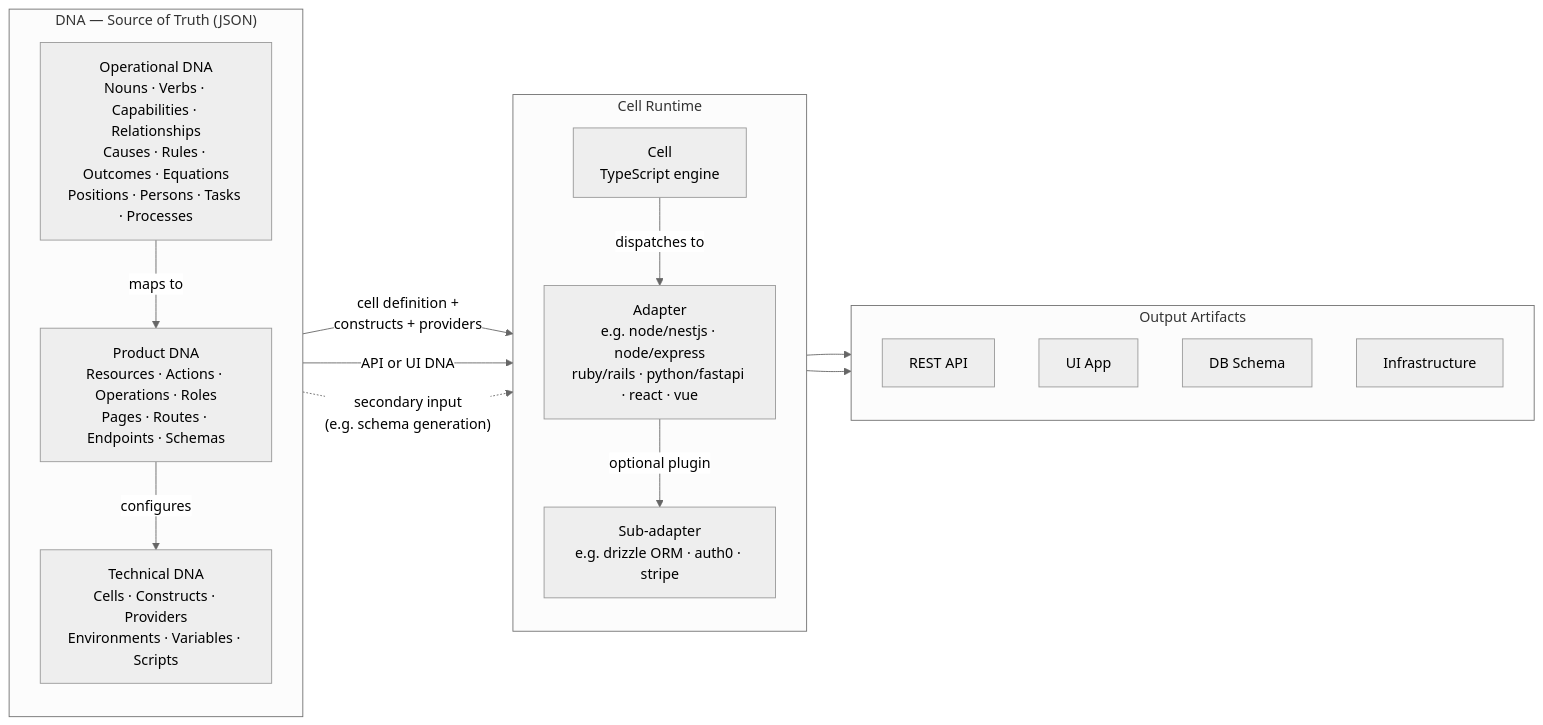
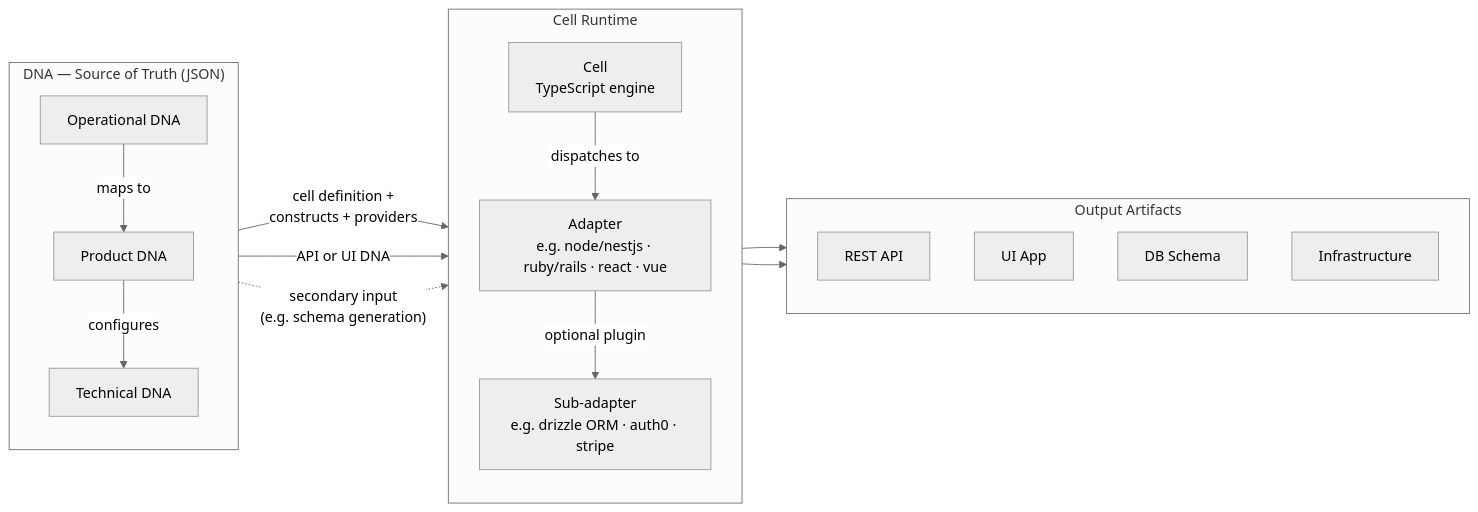
The diagram in README.md (upgrade-solutions/cell-based-architecture), drawn with Mermaid (neutral theme) before and after one commit. The commit also changed other lines of this file and 15 other files, not shown here.

````diff
--- a/README.md
+++ b/README.md
@@ -271,34 +36,34 @@
 ```mermaid
 flowchart LR
-    subgraph Layers["DNA — Source of Truth (JSON)"]
+    subgraph DNA["DNA — Source of Truth (JSON)"]
         direction TB
-        OP["Operational DNA\nNouns · Verbs · Capabilities · Relationships\nCauses · Rules · Outcomes · Equations\nPositions · Persons · Tasks · Processes"]
-        PROD["Product DNA\nResources · Actions · Operations · Roles\nPages · Routes · Endpoints · Schemas"]
-        TECH["Technical DNA\nCells · Constructs · Providers\nEnvironments · Variables · Scripts"]
+        OP["Operational DNA"]
+        PROD["Product DNA"]
+        TECH["Technical DNA"]
         OP -->|"maps to"| PROD
         PROD -->|"configures"| TECH
     end
 
     subgraph CellRuntime["Cell Runtime"]
         direction TB
         CELL["Cell\nTypeScript engine"]
-        ADAPTER["Adapter\ne.g. node/nestjs · node/express\nruby/rails · python/fastapi · react · vue"]
+        ADAPTER["Adapter\ne.g. node/nestjs · ruby/rails · react · vue"]
         SUBADAPTER["Sub-adapter\ne.g. drizzle ORM · auth0 · stripe"]
         CELL -->|"dispatches to"| ADAPTER
         ADAPTER -->|"optional plugin"| SUBADAPTER
     end
 
     TECH -->|"cell definition +\nconstructs + providers"| CELL
     PROD -->|"API or UI DNA"| CELL
     OP -.->|"secondary input\n(e.g. schema generation)"| CELL
 
     subgraph Artifacts["Output Artifacts"]
         API["REST API"]
         UI["UI App"]
         DB["DB Schema"]
         INFRA["Infrastructure"]
     end
 
     ADAPTER --> Artifacts
     SUBADAPTER --> Artifacts
 ```
````
